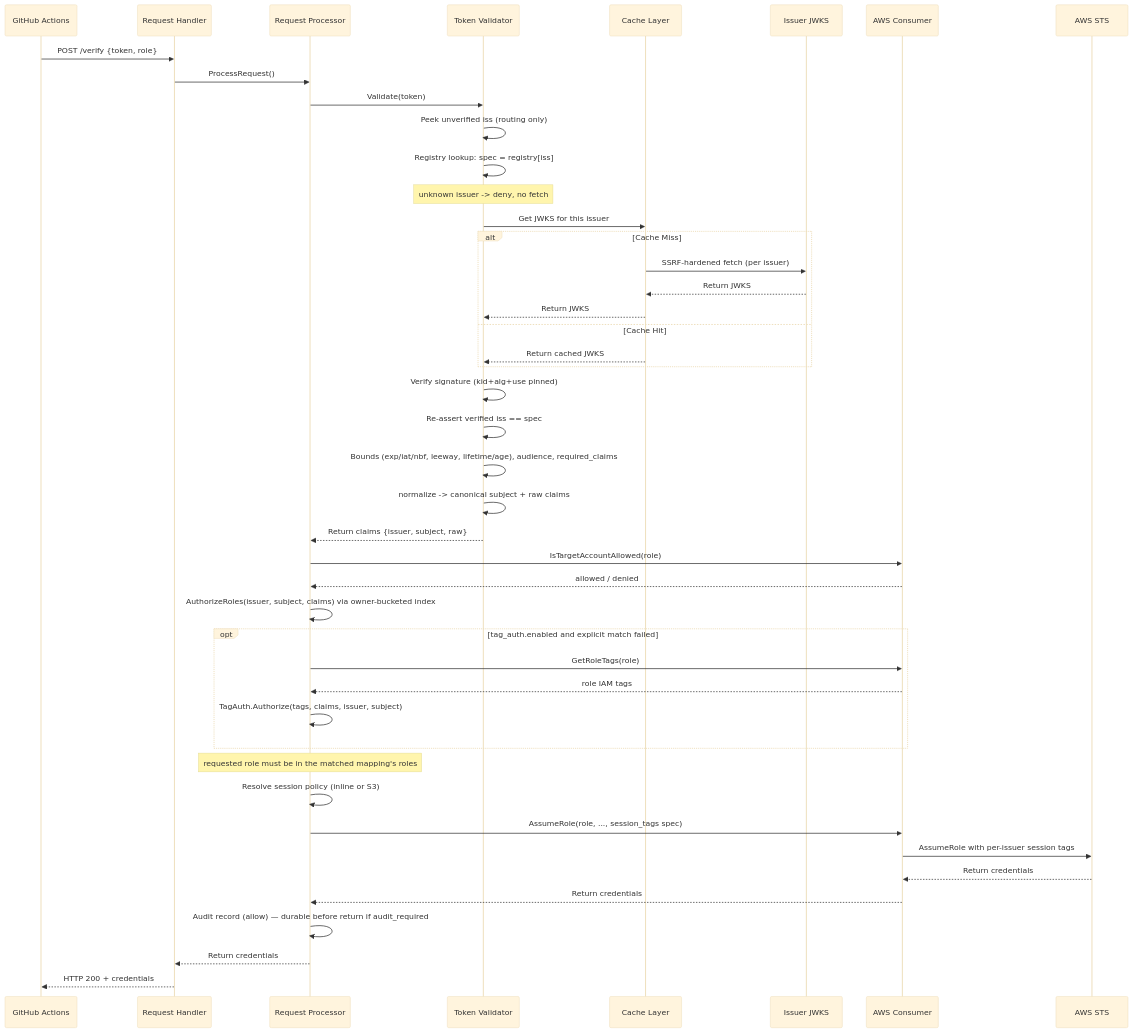
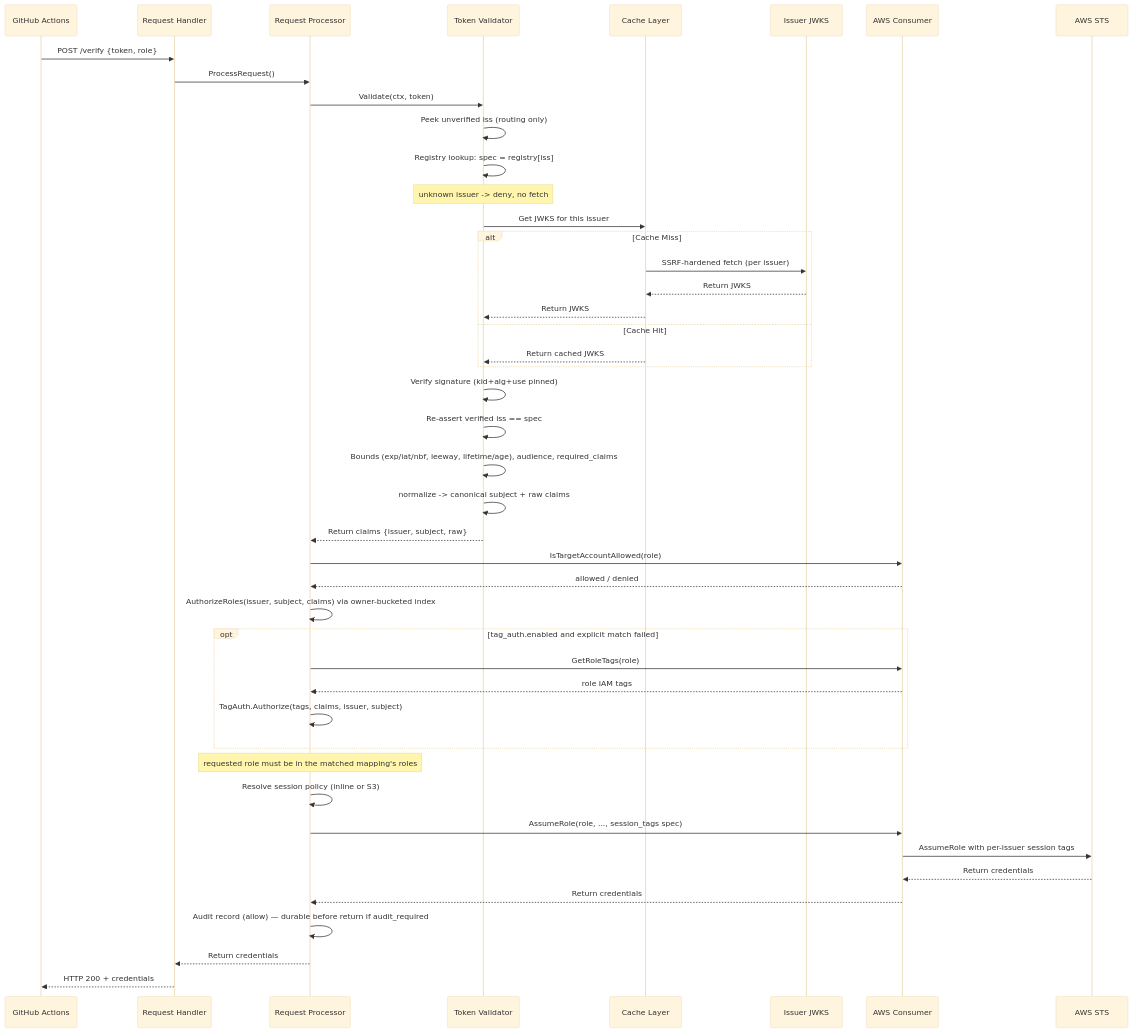
Before and after one commit to boogy/aws-oidc-warden: the second of 6 diagrams in docs/ARCHITECTURE.md, drawn with Mermaid (base theme). The commit also changed other lines of this file and 94 other files, not shown here.

````diff
--- a/docs/ARCHITECTURE.md
+++ b/docs/ARCHITECTURE.md
@@ -124,56 +124,56 @@
 ```mermaid
 sequenceDiagram
     participant Client as GitHub Actions
     participant Handler as Request Handler
     participant Processor as Request Processor
     participant Validator as Token Validator
     participant Cache as Cache Layer
     participant JWKS as Issuer JWKS
     participant Consumer as AWS Consumer
     participant STS as AWS STS
 
     Client->>Handler: POST /verify {token, role}
     Handler->>Processor: ProcessRequest()
 
-    Processor->>Validator: Validate(token)
+    Processor->>Validator: Validate(ctx, token)
     Validator->>Validator: Peek unverified iss (routing only)
     Validator->>Validator: Registry lookup: spec = registry[iss]
     Note over Validator: unknown issuer -> deny, no fetch
     Validator->>Cache: Get JWKS for this issuer
 
     alt Cache Miss
         Cache->>JWKS: SSRF-hardened fetch (per issuer)
         JWKS-->>Cache: Return JWKS
         Cache-->>Validator: Return JWKS
     else Cache Hit
         Cache-->>Validator: Return cached JWKS
     end
 
     Validator->>Validator: Verify signature (kid+alg+use pinned)
     Validator->>Validator: Re-assert verified iss == spec
     Validator->>Validator: Bounds (exp/iat/nbf, leeway, lifetime/age), audience, required_claims
     Validator->>Validator: normalize -> canonical subject + raw claims
     Validator-->>Processor: Return claims {issuer, subject, raw}
 
     Processor->>Consumer: IsTargetAccountAllowed(role)
     Consumer-->>Processor: allowed / denied
 
     Processor->>Processor: AuthorizeRoles(issuer, subject, claims) via owner-bucketed index
 
     opt tag_auth.enabled and explicit match failed
         Processor->>Consumer: GetRoleTags(role)
         Consumer-->>Processor: role IAM tags
         Processor->>Processor: TagAuth.Authorize(tags, claims, issuer, subject)
     end
 
     Note over Processor: requested role must be in the matched mapping's roles
     Processor->>Processor: Resolve session policy (inline or S3)
     Processor->>Consumer: AssumeRole(role, ..., session_tags spec)
 
     Consumer->>STS: AssumeRole with per-issuer session tags
     STS-->>Consumer: Return credentials
     Consumer-->>Processor: Return credentials
     Processor->>Processor: Audit record (allow) — durable before return if audit_required
     Processor-->>Handler: Return credentials
     Handler-->>Client: HTTP 200 + credentials
 ```
````
